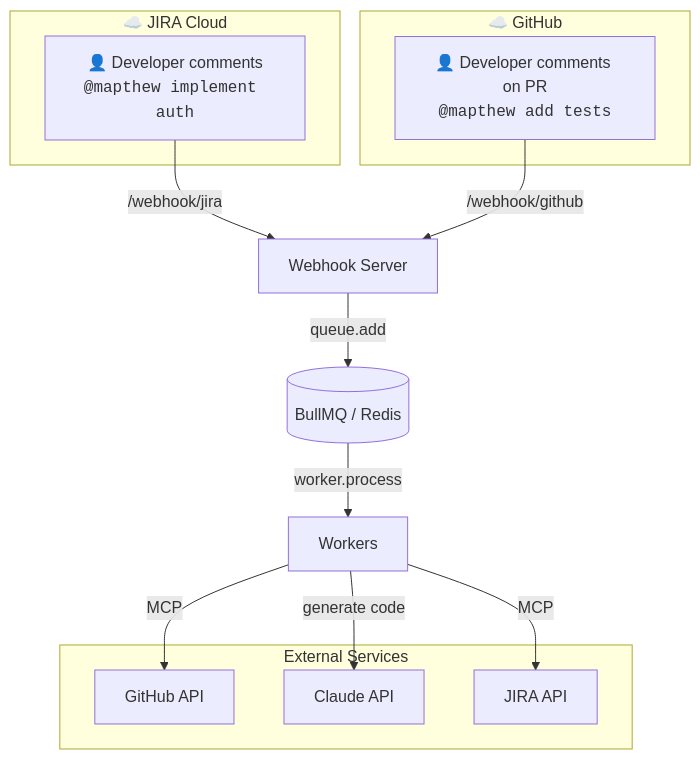
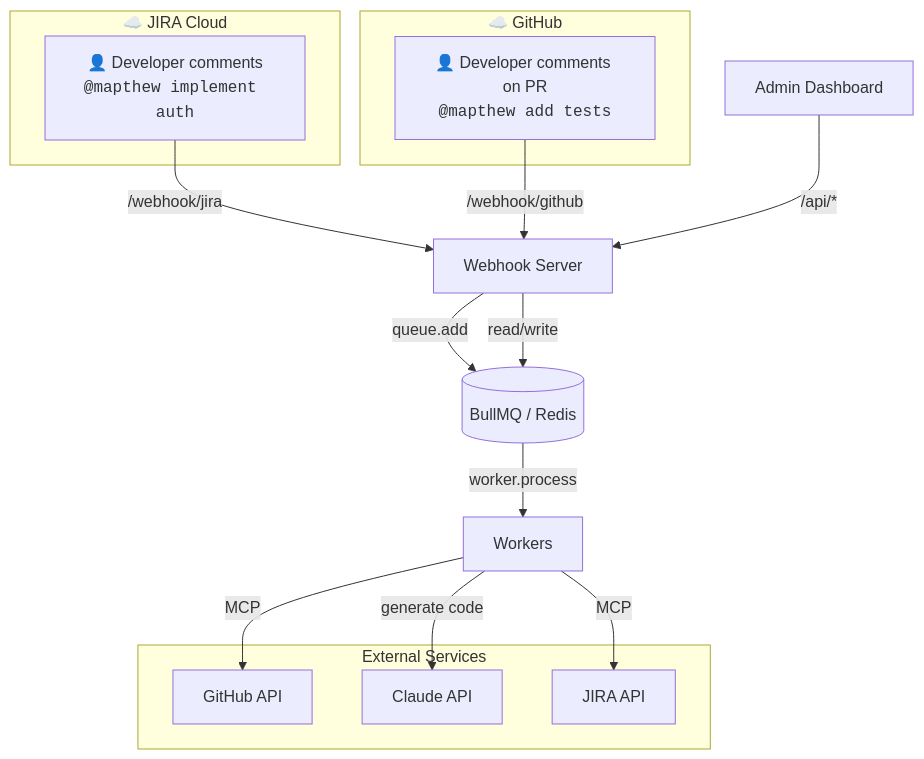
One commit to mappedin-dev/dexter changed the first of 6 diagrams in docs/architecture.md. Above: the diagram before and after it, drawn with Mermaid. The commit also changed other lines of this file and 39 other files, not shown here.

First line of the commit message:
feat(MPTW-12): add admin dashboard for queue monitoring (#12)

````diff
--- a/docs/architecture.md
+++ b/docs/architecture.md
@@ -12,29 +12,33 @@
 ```mermaid
 flowchart TD
     subgraph JIRA["☁️ JIRA Cloud"]
         A[👤 Developer comments<br/><code>@mapthew implement auth</code>]
     end
 
     subgraph GitHub["☁️ GitHub"]
         G[👤 Developer comments on PR<br/><code>@mapthew add tests</code>]
     end
 
     B[Webhook Server]
+    ADMIN[Admin Dashboard]
 
     C[("BullMQ / Redis")]
     D[Workers]
 
     subgraph External["External Services"]
         H[GitHub API]
         I[Claude API]
         J[JIRA API]
     end
 
     A -->|/webhook/jira| B
     G -->|/webhook/github| B
     B -->|queue.add| C
     C -->|worker.process| D
     D -->|MCP| J
     D -->|MCP| H
     D -->|generate code| I
+
+    ADMIN -->|/api/*| B
+    B -->|read/write| C
 ```
````
